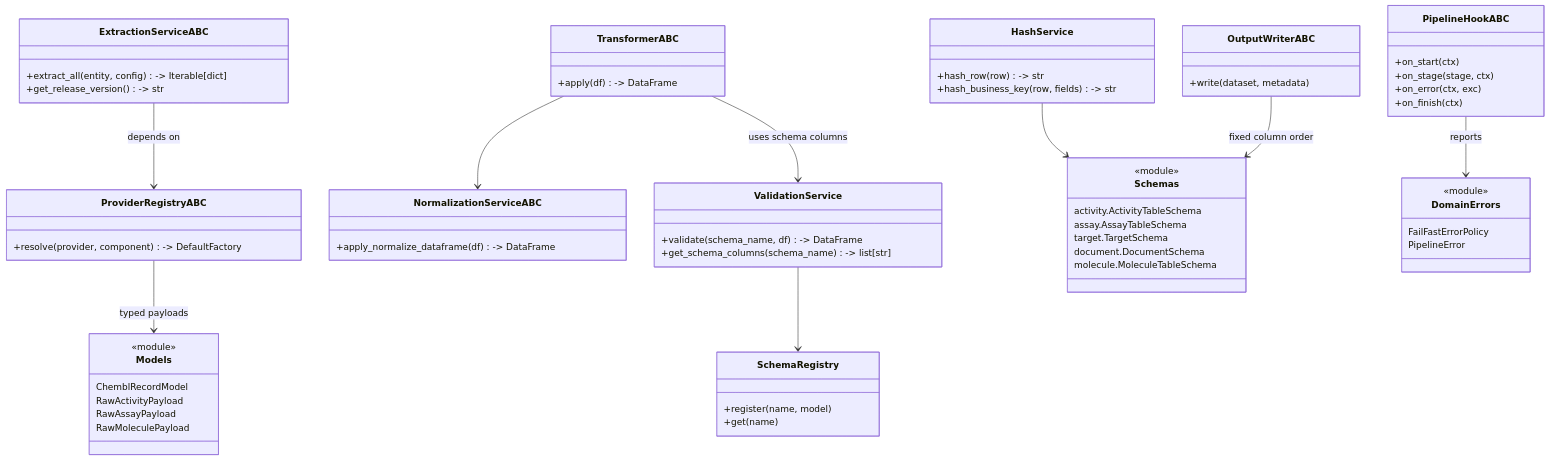
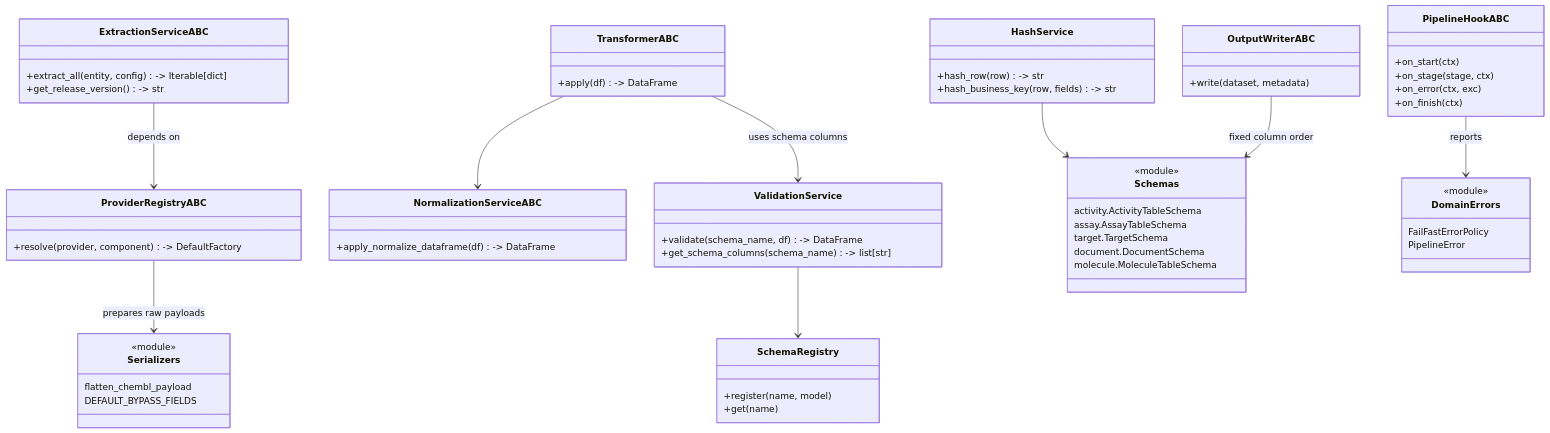
Before and after one commit to SatoryKono/BioactivityDataAcquisition: the diagram in docs/architecture/diagrams/class/19-domain-layer-overview.mmd, drawn with Mermaid. The commit also changed 57 other files, not shown here.

```diff
--- a/docs/architecture/diagrams/class/19-domain-layer-overview.mmd
+++ b/docs/architecture/diagrams/class/19-domain-layer-overview.mmd
@@ -1,68 +1,66 @@
 ---
 id: 982f0a93-3f02-42be-9536-698deb820cb9
 ---
 %%{init: {"class": {"domainPrimary": {"fill": "#f5f5f5", "stroke": "#444", "strokeWidth": 1.5, "color": "#111", "fontSize": "22px"}, "domainSecondary": {"fill": "#e3e7ec", "stroke": "#555", "strokeWidth": 1.2, "color": "#111", "fontSize": "18px"}, "interface": {"fill": "#dde7f2", "stroke": "#44546a", "strokeWidth": 1.5, "color": "#111", "fontSize": "22px"}}}}%%
 classDiagram
     class ExtractionServiceABC {
         +extract_all(entity, config) -> Iterable[dict]
         +get_release_version() -> str
     }
     class TransformerABC {
         +apply(df) -> DataFrame
     }
     class ValidationService {
         +validate(schema_name, df) -> DataFrame
         +get_schema_columns(schema_name) -> list[str]
     }
     class SchemaRegistry {
         +register(name, model)
         +get(name)
     }
     class HashService {
         +hash_row(row) -> str
         +hash_business_key(row, fields) -> str
     }
     class NormalizationServiceABC {
         +apply_normalize_dataframe(df) -> DataFrame
     }
     class ProviderRegistryABC {
         +resolve(provider, component) -> DefaultFactory
     }
     class PipelineHookABC {
         +on_start(ctx)
         +on_stage(stage, ctx)
         +on_error(ctx, exc)
         +on_finish(ctx)
     }
     class OutputWriterABC {
         +write(dataset, metadata)
     }
     class Schemas {
         <<module>>
         activity.ActivityTableSchema
         assay.AssayTableSchema
         target.TargetSchema
         document.DocumentSchema
         molecule.MoleculeTableSchema
     }
-    class Models {
+    class Serializers {
         <<module>>
-        ChemblRecordModel
-        RawActivityPayload
-        RawAssayPayload
-        RawMoleculePayload
+        flatten_chembl_payload
+        DEFAULT_BYPASS_FIELDS
     }
     class DomainErrors {
         <<module>>
         FailFastErrorPolicy
         PipelineError
     }
 
     ExtractionServiceABC --> ProviderRegistryABC : depends on
     TransformerABC --> NormalizationServiceABC
     TransformerABC --> ValidationService : uses schema columns
     ValidationService --> SchemaRegistry
     HashService --> Schemas
     OutputWriterABC --> Schemas : fixed column order
     PipelineHookABC --> DomainErrors : reports
-    ProviderRegistryABC --> Models : typed payloads
+    ProviderRegistryABC --> Serializers : prepares raw payloads
```
